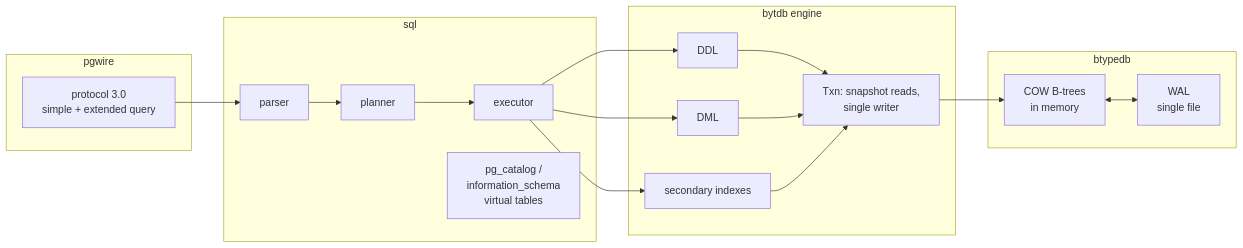
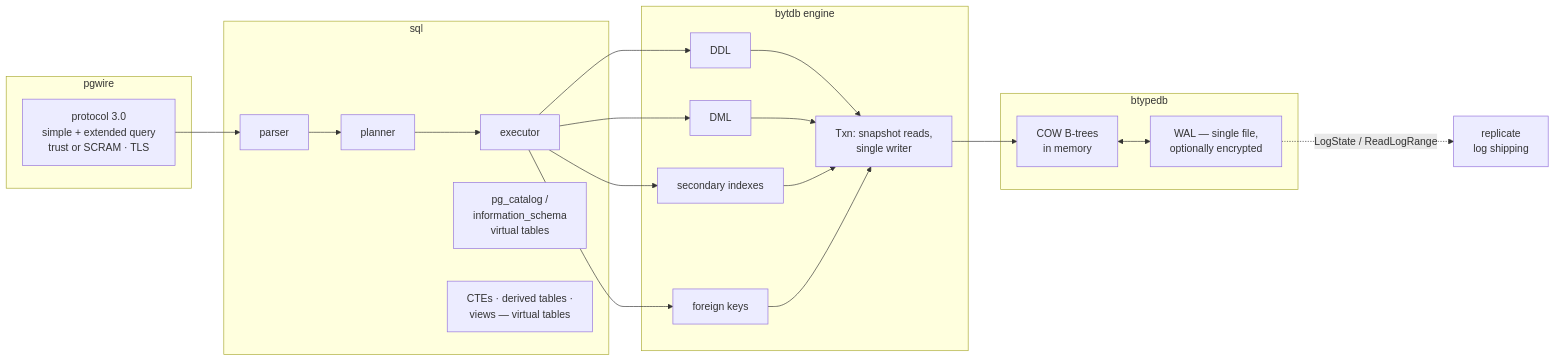
One commit to rohanthewiz/bytdb changed the first of 9 diagrams in docs/architecture.md. Above: the diagram before and after it, drawn with Mermaid. The commit also changed other lines of this file and 8 other files, not shown here.

First line of the commit message:
Docs refresh: mkdocs pages current with v0.6.4, 22 validated mermaid diagrams

````diff
--- a/docs/architecture.md
+++ b/docs/architecture.md
@@ -9,19 +11,22 @@
 ```mermaid
 flowchart LR
     subgraph wire ["pgwire"]
-        proto[protocol 3.0<br/>simple + extended query]
+        proto[protocol 3.0<br/>simple + extended query<br/>trust or SCRAM · TLS]
     end
     subgraph sqlpkg ["sql"]
         parse[parser] --> plan[planner] --> exec[executor]
         syscat[pg_catalog /<br/>information_schema<br/>virtual tables]
+        vt[CTEs · derived tables ·<br/>views — virtual tables]
     end
     subgraph engine ["bytdb engine"]
-        ddl[DDL] & dml[DML] & idx[secondary indexes] --> txn[Txn: snapshot reads,<br/>single writer]
+        ddl[DDL] & dml[DML] & idx[secondary indexes] & fk[foreign keys] --> txn[Txn: snapshot reads,<br/>single writer]
     end
     subgraph kvstore ["btypedb"]
-        cow[COW B-trees<br/>in memory] <--> wal[WAL<br/>single file]
+        cow[COW B-trees<br/>in memory] <--> wal[WAL — single file,<br/>optionally encrypted]
     end
+    rep[replicate<br/>log shipping]
     proto --> parse
-    exec --> ddl & dml & idx
+    exec --> ddl & dml & idx & fk
     txn --> cow
+    wal -.->|LogState / ReadLogRange| rep
 ```
````
